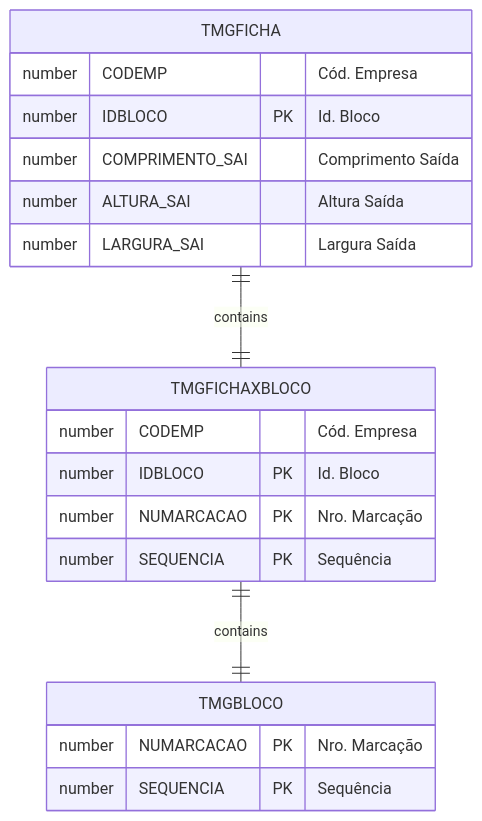
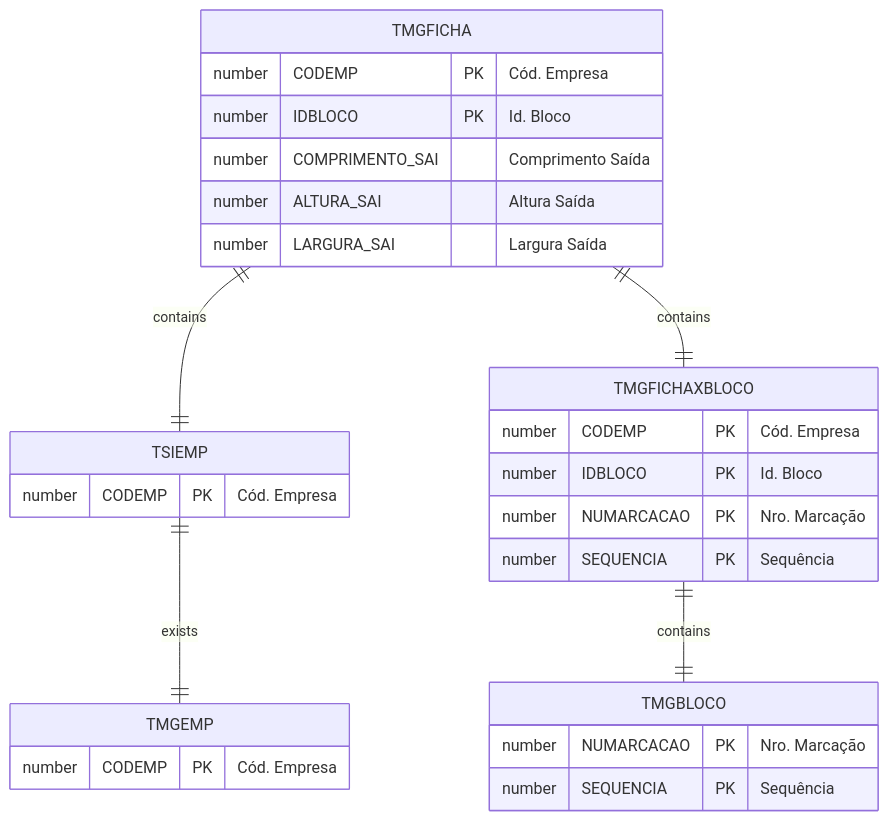
The diagram in docs/_database/TMGFICHA.md (cbmsoft/margrandocs), drawn with Mermaid before and after one commit. The commit also changed 2 other files, not shown here.

Commit message:
docs: atualizacoes ficha e produto

````diff
--- a/docs/_database/TMGFICHA.md
+++ b/docs/_database/TMGFICHA.md
@@ -39,23 +39,32 @@
 ```mermaid
 erDiagram
+    TMGFICHA ||--|| TSIEMP : contains
     TMGFICHA ||--|| TMGFICHAXBLOCO : contains
     TMGFICHAXBLOCO ||--|| TMGBLOCO : contains
 
+    TSIEMP ||--|| TMGEMP : exists
+
     TMGFICHA {
-        number CODEMP "Cód. Empresa"
+        number CODEMP PK "Cód. Empresa"
         number IDBLOCO PK "Id. Bloco"
         number COMPRIMENTO_SAI "Comprimento Saída"
         number ALTURA_SAI "Altura Saída"
         number LARGURA_SAI "Largura Saída"
     }
     TMGFICHAXBLOCO {
-        number CODEMP "Cód. Empresa"
+        number CODEMP PK "Cód. Empresa"
         number IDBLOCO PK "Id. Bloco"
         number NUMARCACAO PK "Nro. Marcação"
         number SEQUENCIA PK "Sequência"
     }
     TMGBLOCO {
         number NUMARCACAO PK "Nro. Marcação"
         number SEQUENCIA PK "Sequência"
     }
+    TSIEMP {
+        number CODEMP PK "Cód. Empresa"
+    }
+    TMGEMP {
+        number CODEMP PK "Cód. Empresa"
+    }
 ```
````
